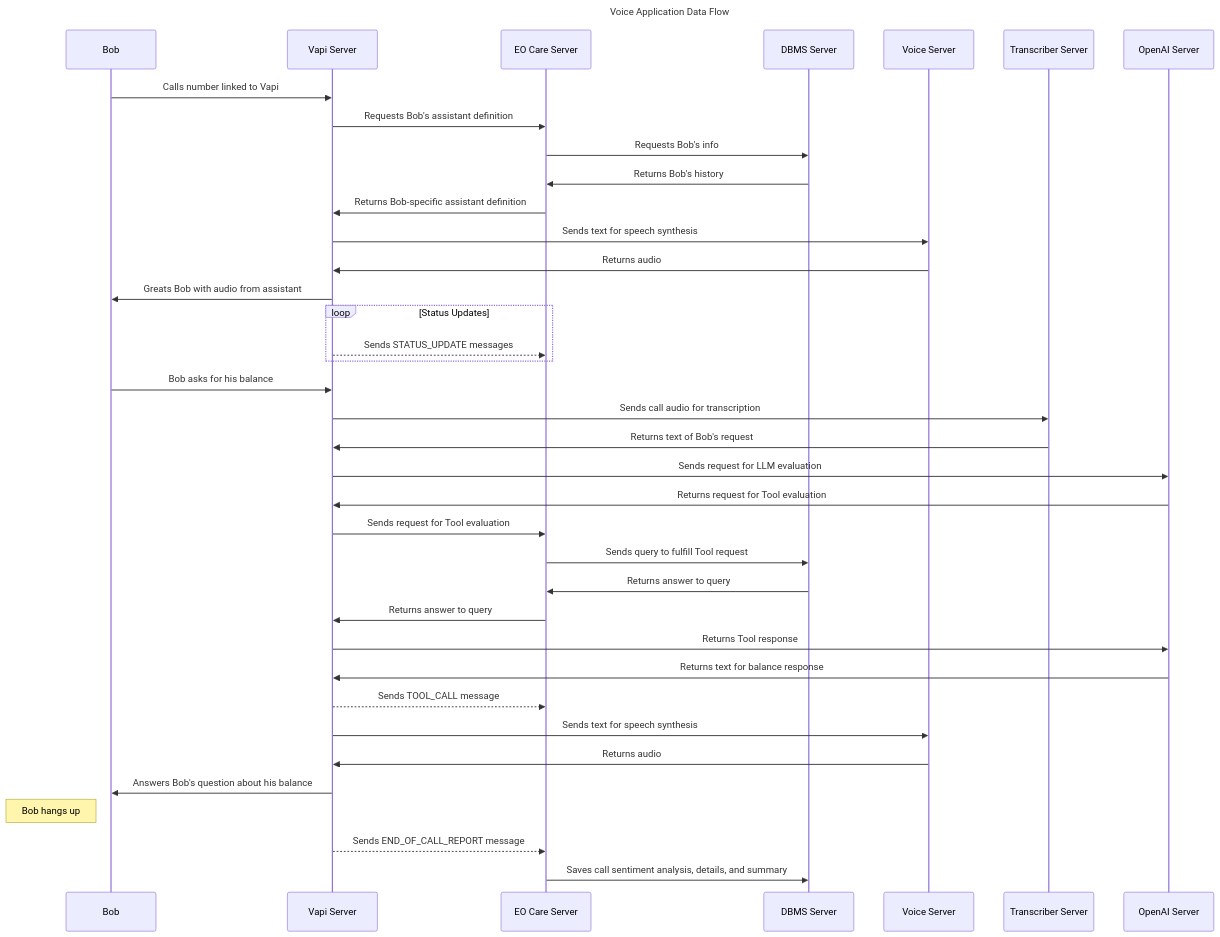
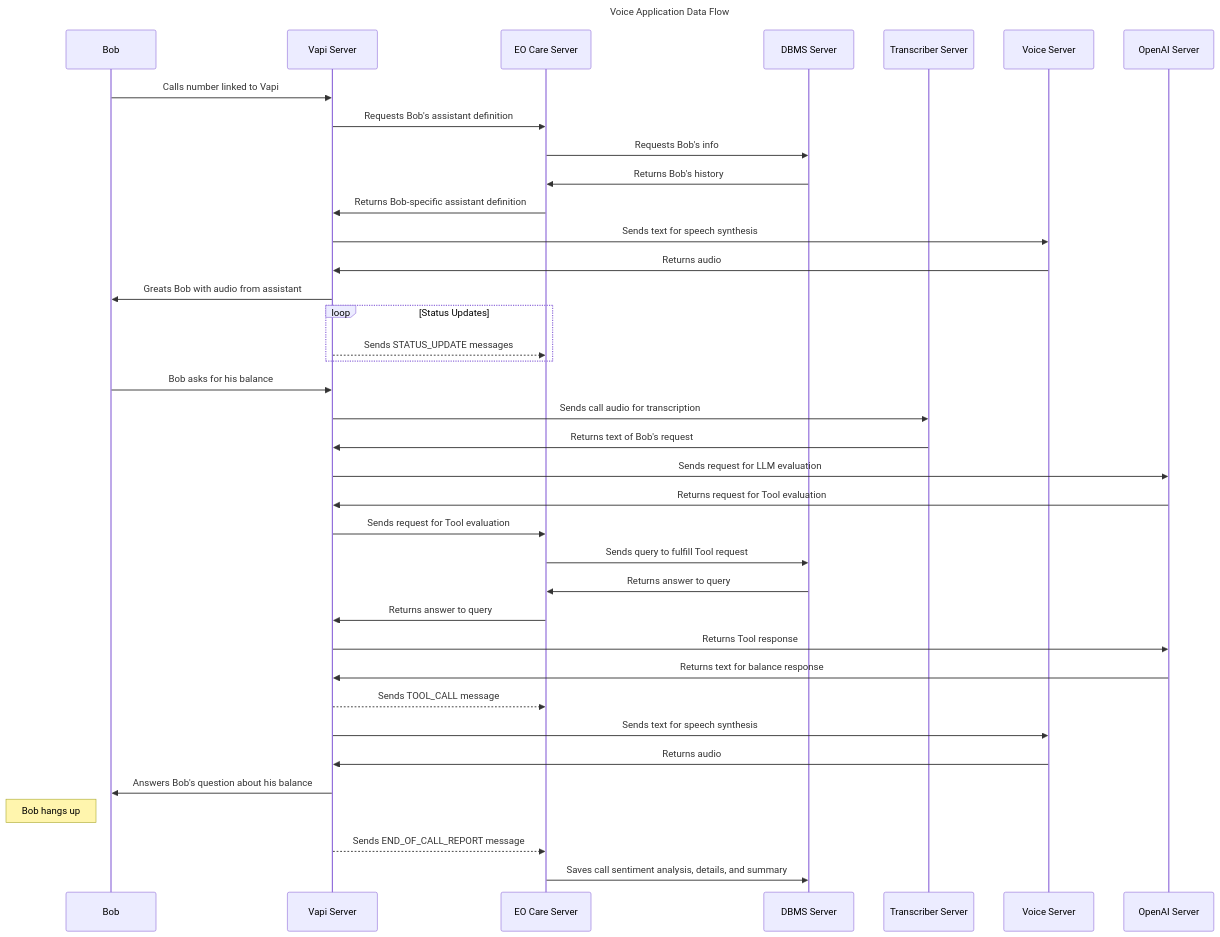
The diagram in docs/Call-Flow.mmd (mattbobambrose/vapi4k), drawn with Mermaid before and after one commit. The commit also changed 1 other file, not shown here.

```diff
--- a/docs/Call-Flow.mmd
+++ b/docs/Call-Flow.mmd
@@ -1,35 +1,41 @@
 sequenceDiagram
     title Voice Application Data Flow
+
     participant Bob
     participant Vapi Server
+    participant EO Care Server
+    participant DBMS Server
+    participant Transcriber Server
+    participant Voice Server
+    participant OpenAI Server
     Bob ->> Vapi Server: Calls number linked to Vapi
     Vapi Server ->> EO Care Server: Requests Bob's assistant definition
     EO Care Server ->> DBMS Server: Requests Bob's info
     DBMS Server ->> EO Care Server: Returns Bob's history
     EO Care Server ->> Vapi Server: Returns Bob-specific assistant definition
     Vapi Server ->> Voice Server: Sends text for speech synthesis
     Voice Server ->> Vapi Server: Returns audio
     Vapi Server ->> Bob: Greats Bob with audio from assistant
 
     loop Status Updates
         Vapi Server -->> EO Care Server: Sends STATUS_UPDATE messages
     end
 
     Bob ->> Vapi Server: Bob asks for his balance
     Vapi Server ->> Transcriber Server: Sends call audio for transcription
     Transcriber Server ->> Vapi Server: Returns text of Bob's request
     Vapi Server ->> OpenAI Server: Sends request for LLM evaluation
     OpenAI Server ->> Vapi Server: Returns request for Tool evaluation
     Vapi Server ->> EO Care Server: Sends request for Tool evaluation
     EO Care Server ->> DBMS Server: Sends query to fulfill Tool request
     DBMS Server ->> EO Care Server: Returns answer to query
     EO Care Server ->> Vapi Server: Returns answer to query
     Vapi Server ->> OpenAI Server: Returns Tool response
     OpenAI Server ->> Vapi Server: Returns text for balance response
     Vapi Server -->> EO Care Server: Sends TOOL_CALL message
     Vapi Server ->> Voice Server: Sends text for speech synthesis
     Voice Server ->> Vapi Server: Returns audio
     Vapi Server ->> Bob: Answers Bob's question about his balance
     Note left of Bob: Bob hangs up
     Vapi Server -->> EO Care Server: Sends END_OF_CALL_REPORT message
     EO Care Server ->> DBMS Server: Saves call sentiment analysis, details, and summary
```
